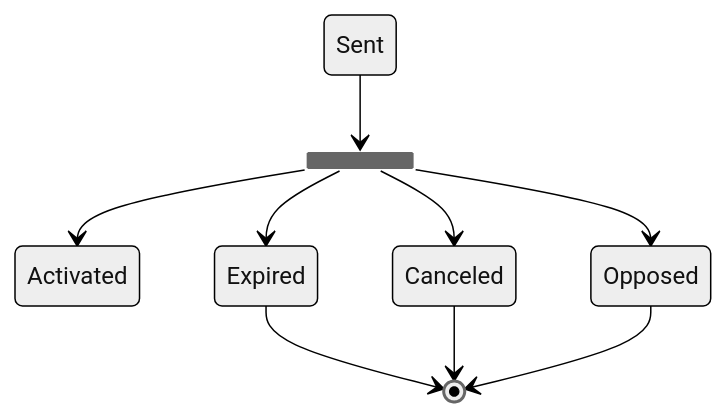
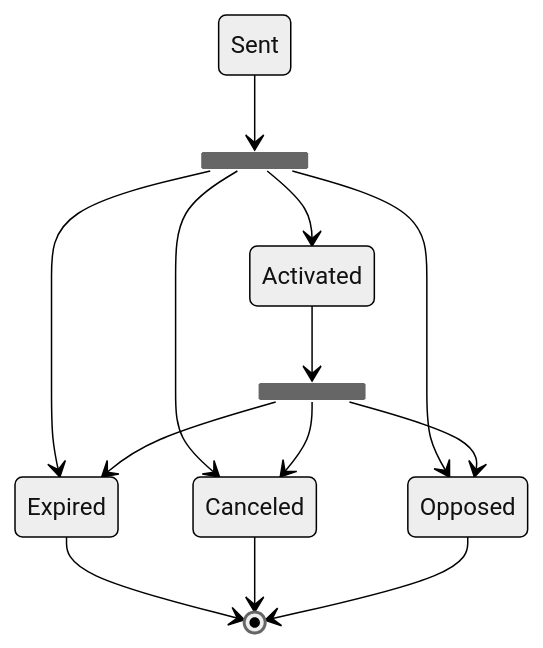
One commit to pomme-clic/s-money-documentation changed the second of 2 diagrams in docs/usecases/cards/issuing/VirtualCardIssuing.md. Above: the diagram before and after it, drawn with Mermaid (neutral theme).

````diff
--- a/docs/usecases/cards/issuing/VirtualCardIssuing.md
+++ b/docs/usecases/cards/issuing/VirtualCardIssuing.md
@@ -44,15 +44,22 @@
 ```mermaid
 stateDiagram
 state fork_state3 <<fork>>
+state fork_state4 <<fork>>
 
   Sent --> fork_state3
   fork_state3 --> Activated
+  Activated --> fork_state4
+
   fork_state3 --> Canceled
   fork_state3 --> Opposed
-  fork_state3 --> Expired 
+  fork_state3 --> Expired
+
+  fork_state4 --> Canceled
+  fork_state4 --> Opposed
+  fork_state4 --> Expired 
 
   Expired --> [*]
   Canceled --> [*]
   Opposed --> [*]
 
 ```
````
